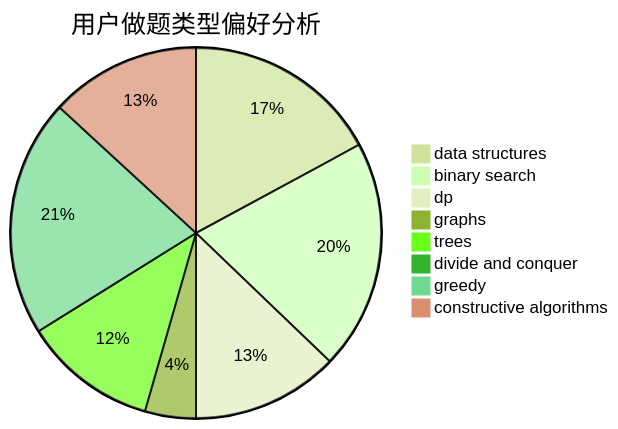
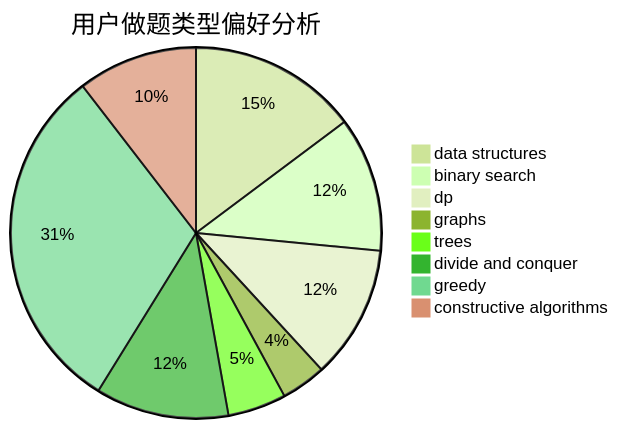
Before and after one commit to sherpahu/cfrs.github.io: the second of 3 diagrams in docs/user/u791.md, drawn with Mermaid (forest theme). The commit also changed other lines of this file and 2770 other files, not shown here.

````diff
--- a/docs/user/u791.md
+++ b/docs/user/u791.md
@@ -23,11 +23,11 @@
 ```mermaid
 pie title 用户做题类型偏好分析
-    "data structures" :  104
-    "binary search" :  122
-    "dp" :  78
-    "graphs" :  27
-    "trees" :  71
-    "divide and conquer" :  0
-    "greedy" :  126
+    "data structures" :  113
+    "binary search" :  90
+    "dp" :  89
+    "graphs" :  30
+    "trees" :  39
+    "divide and conquer" :  89
+    "greedy" :  235
     "constructive algorithms" :  80
 ```
````
